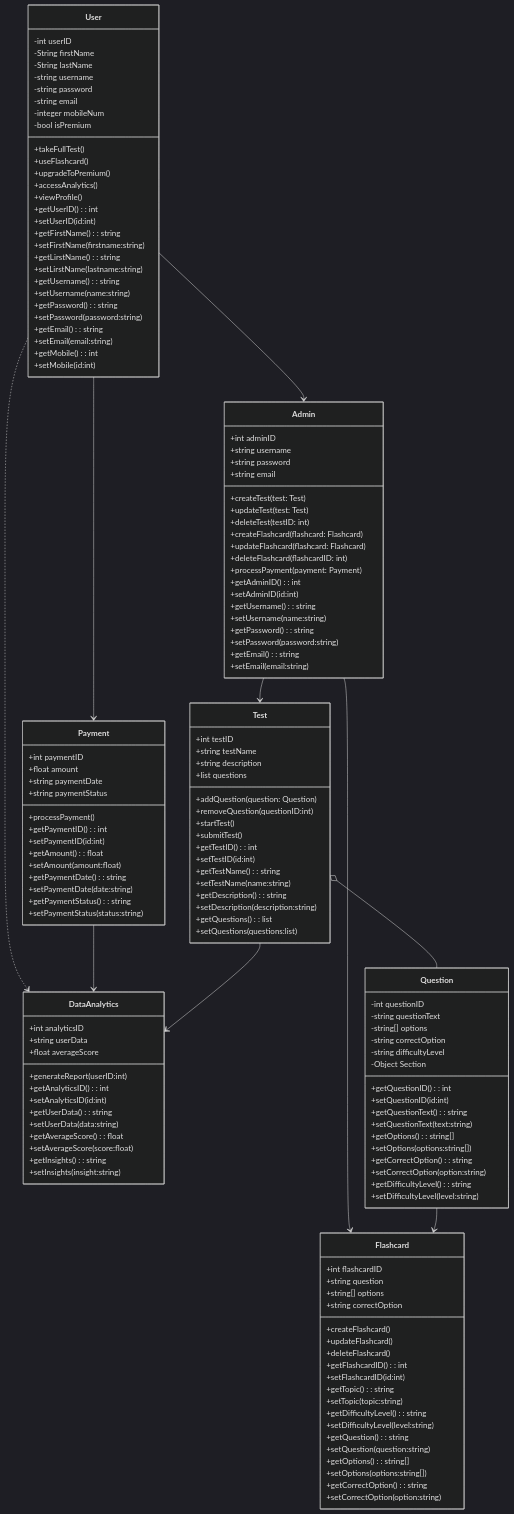
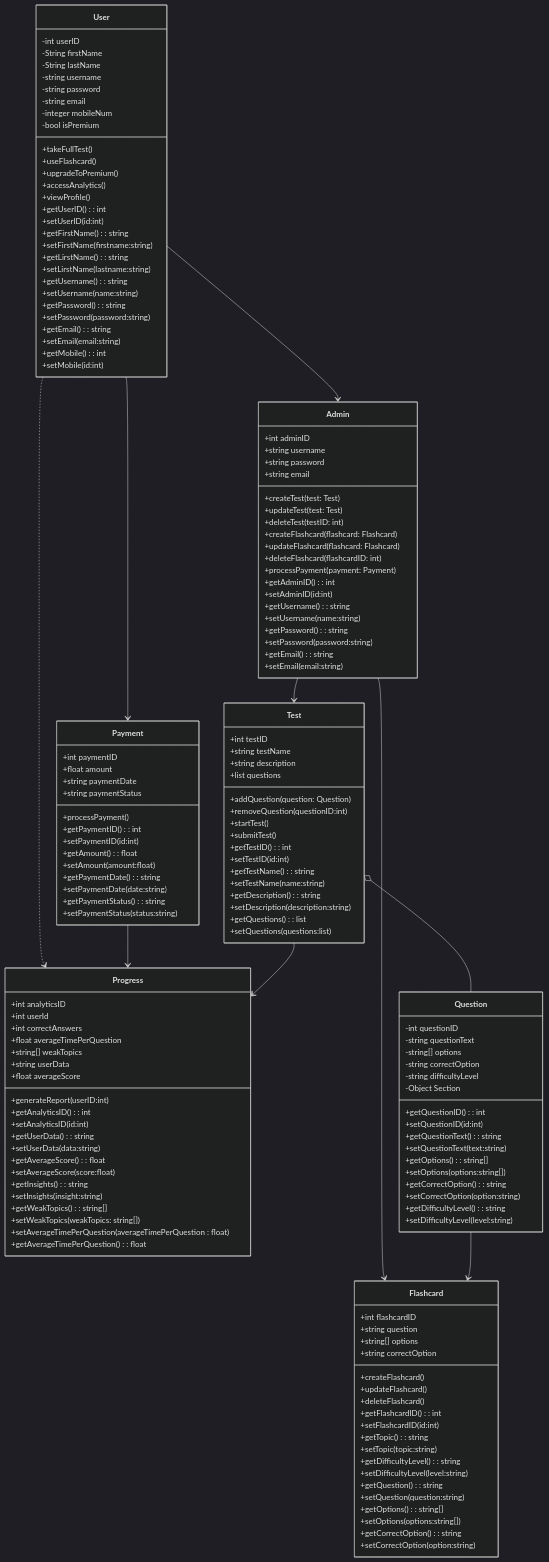
One commit to HeminPatel05/PrepWise changed the diagram in README.md. Above: the diagram before and after it, drawn with Mermaid (dark theme). The commit also changed other lines of this file, not shown here.

Commit message:
updated the object model in readme file

````diff
--- a/README.md
+++ b/README.md
@@ -41,11 +40,11 @@
         -string email
         -integer mobileNum
         -bool isPremium
-        
+
         +takeFullTest()
         +useFlashcard()
         +upgradeToPremium()
-        +accessAnalytics() 
+        +accessAnalytics()
         +viewProfile()
         +getUserID() : int
         +setUserID(id:int)
@@ -61,7 +60,7 @@
         +setEmail(email:string)
         +getMobile() : int
         +setMobile(id:int)
-        
+
     }
 
     class Admin {
@@ -143,8 +142,12 @@
         +setPaymentStatus(status:string)
     }
 
-    class DataAnalytics {
+    class Progress {
         +int analyticsID
+        +int userId
+        +int correctAnswers
+        +float averageTimePerQuestion
+        +string[] weakTopics
         +string userData
         +float averageScore
         +generateReport(userID:int)
@@ -156,6 +159,11 @@
         +setAverageScore(score:float)
         +getInsights() : string
         +setInsights(insight:string)
+        +getWeakTopics() : string[]
+        +setWeakTopics(weakTopics: string[])
+        +setAverageTimePerQuestion(averageTimePerQuestion : float)
+        +getAverageTimePerQuestion(): float
+
     }
 
     class Question {
@@ -183,8 +191,8 @@
     Question --> Flashcard
     Test o-- Question
     User --> Payment
-    User ..> DataAnalytics
-    Payment --> DataAnalytics
-    Test --> DataAnalytics
+    User ..> Progress
+    Payment --> Progress
+    Test --> Progress
 
 ```
````
